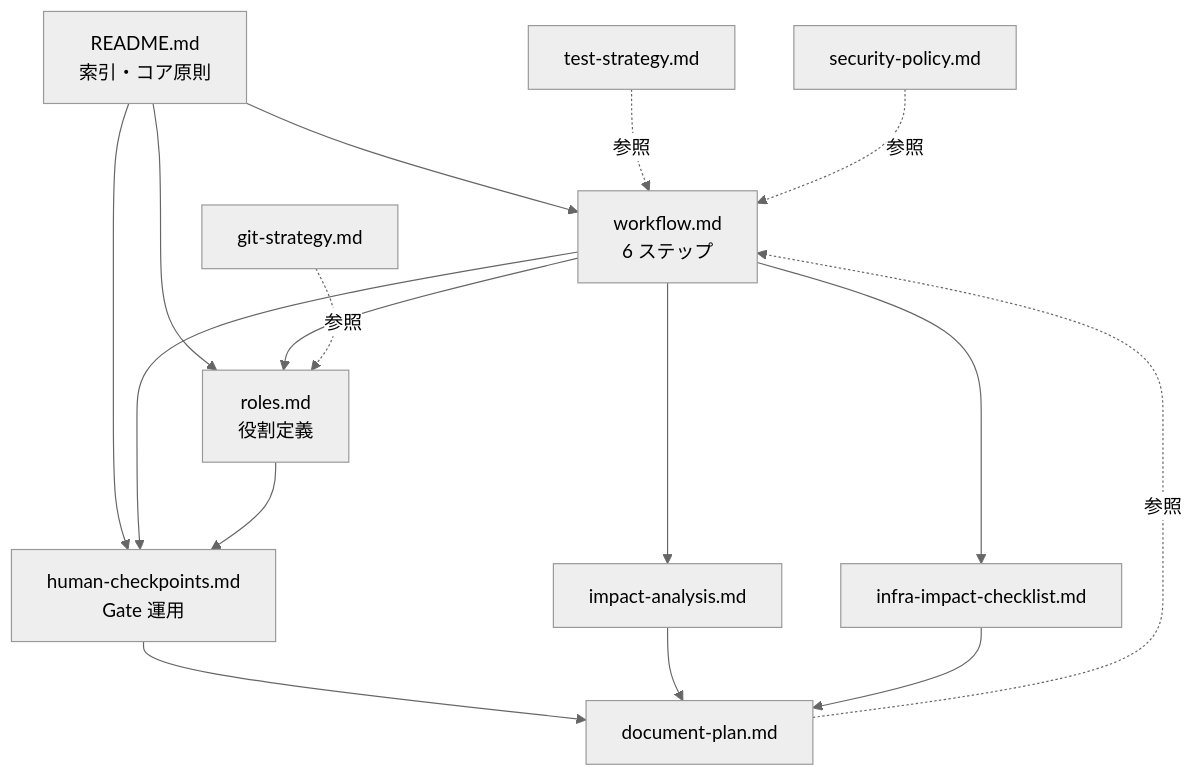
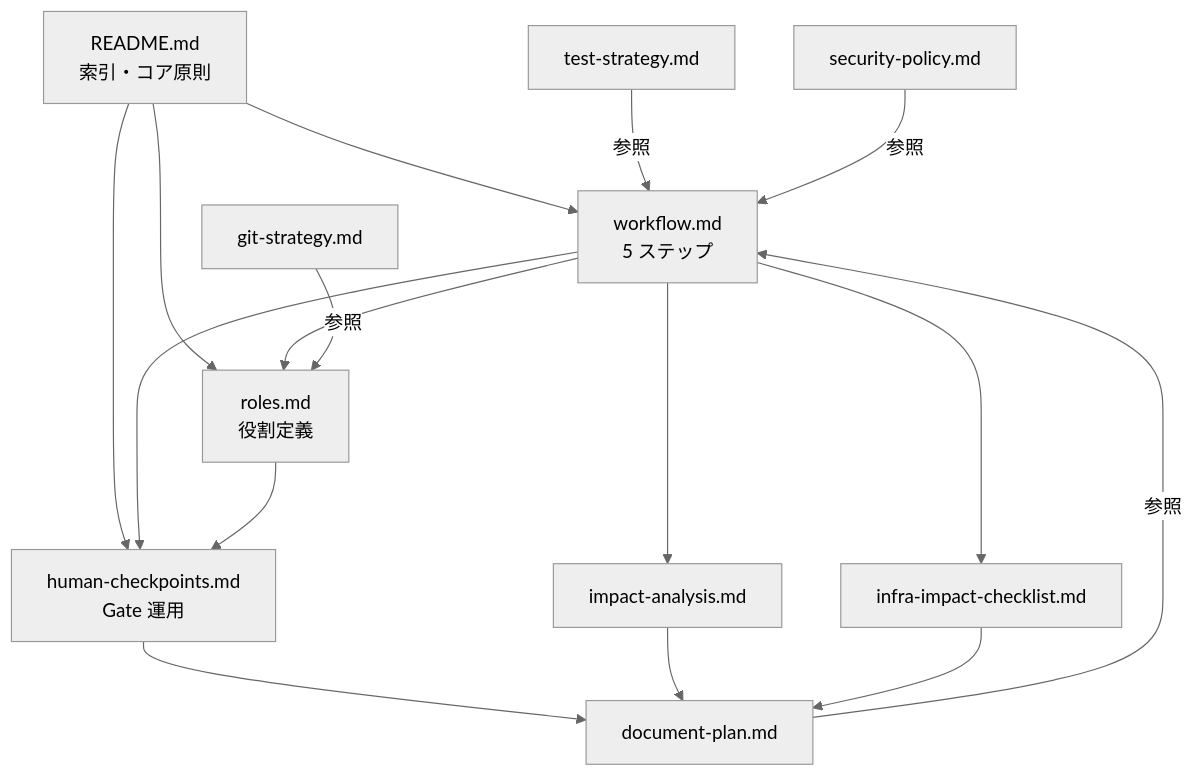
Before and after one commit to dazoyee/fundanalyzer: the second of 2 diagrams in docs/guideline/README.md, drawn with Mermaid (neutral theme). The commit also changed other lines of this file and 13 other files, not shown here.

````diff
--- a/docs/guideline/README.md
+++ b/docs/guideline/README.md
@@ -97,30 +99,30 @@
 ```mermaid
 flowchart TD
     README[README.md<br/>索引・コア原則]
-    WF[workflow.md<br/>6 ステップ]
+    WF[workflow.md<br/>5 ステップ]
     R[roles.md<br/>役割定義]
     HC[human-checkpoints.md<br/>Gate 運用]
 
     IA[impact-analysis.md]
     II[infra-impact-checklist.md]
     TS[test-strategy.md]
     SP[security-policy.md]
     DP[document-plan.md]
     GS[git-strategy.md]
 
     README --> WF
     README --> R
     README --> HC
     WF --> R
     WF --> HC
     WF --> IA
     WF --> II
     R --> HC
     HC --> DP
     IA --> DP
     II --> DP
-    TS -.参照.-> WF
-    SP -.参照.-> WF
-    DP -.参照.-> WF
-    GS -.参照.-> R
+    TS -->|参照| WF
+    SP -->|参照| WF
+    DP -->|参照| WF
+    GS -->|参照| R
 ```
````
